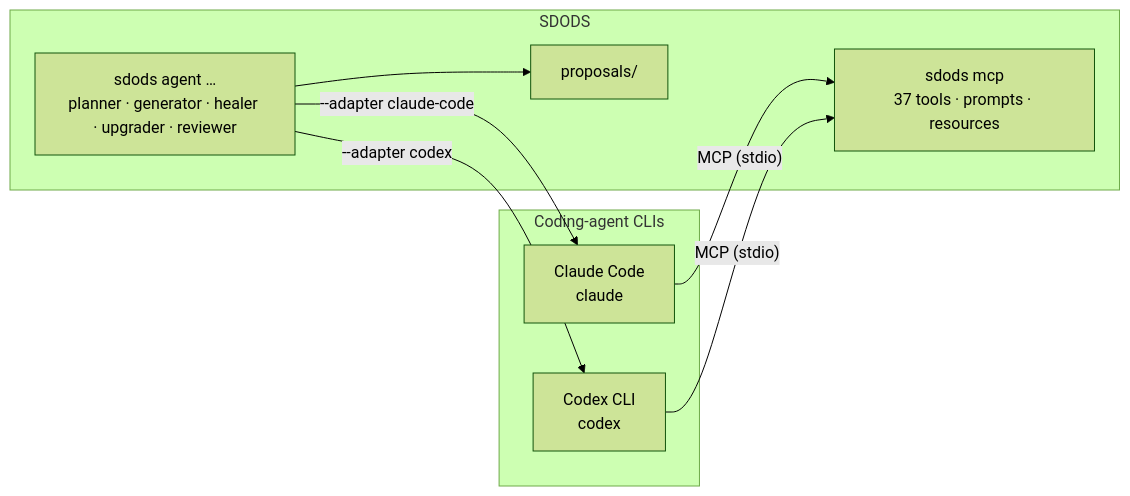
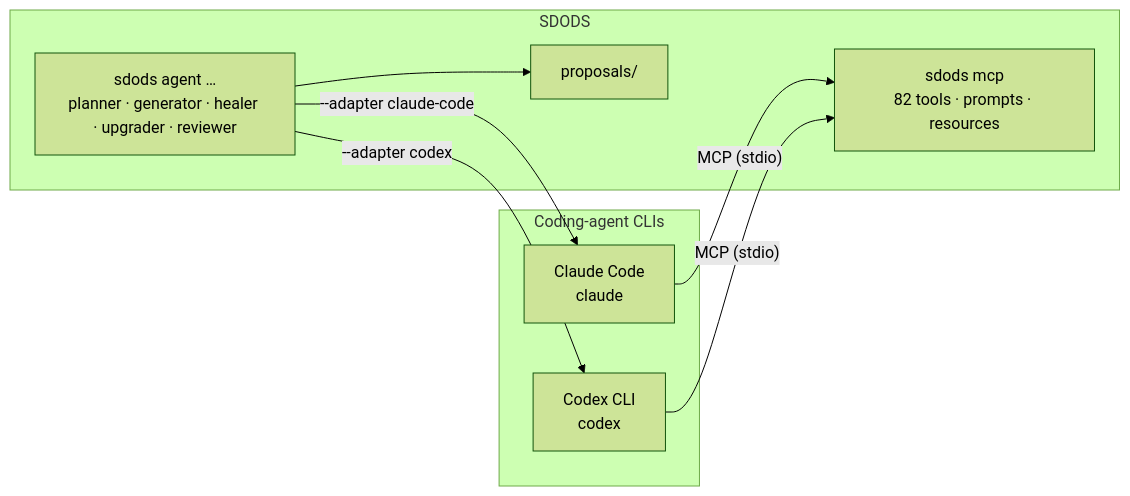
The diagram in apps/docs/content/docs/guides/claude-code-and-codex.mdx (YarlisAISolutions/SDODS), drawn with Mermaid (forest theme) before and after one commit. The commit also changed other lines of this file and 43 other files, not shown here.

````diff
--- a/apps/docs/content/docs/guides/claude-code-and-codex.mdx
+++ b/apps/docs/content/docs/guides/claude-code-and-codex.mdx
@@ -13,17 +13,17 @@
 ```mermaid
 flowchart LR
   subgraph clients["Coding-agent CLIs"]
     CC["Claude Code<br/>claude"]
     CX["Codex CLI<br/>codex"]
   end
   subgraph sdods["SDODS"]
-    MCP["sdods mcp<br/>37 tools · prompts · resources"]
+    MCP["sdods mcp<br/>82 tools · prompts · resources"]
     AG["sdods agent …<br/>planner · generator · healer · upgrader · reviewer"]
     PR["proposals/"]
   end
   CC -- "MCP (stdio)" --> MCP
   CX -- "MCP (stdio)" --> MCP
   AG -- "--adapter claude-code" --> CC
   AG -- "--adapter codex" --> CX
   AG --> PR
 ```
````
